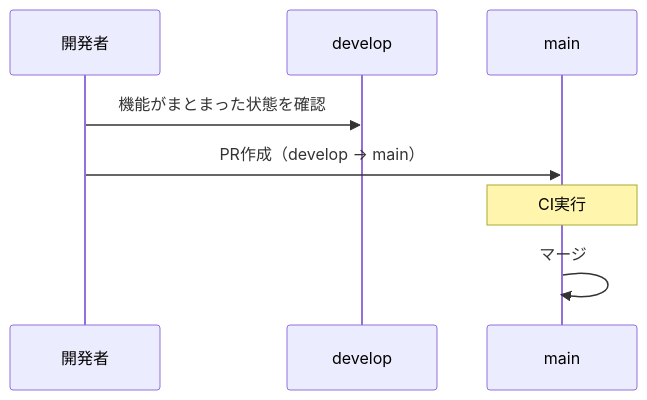
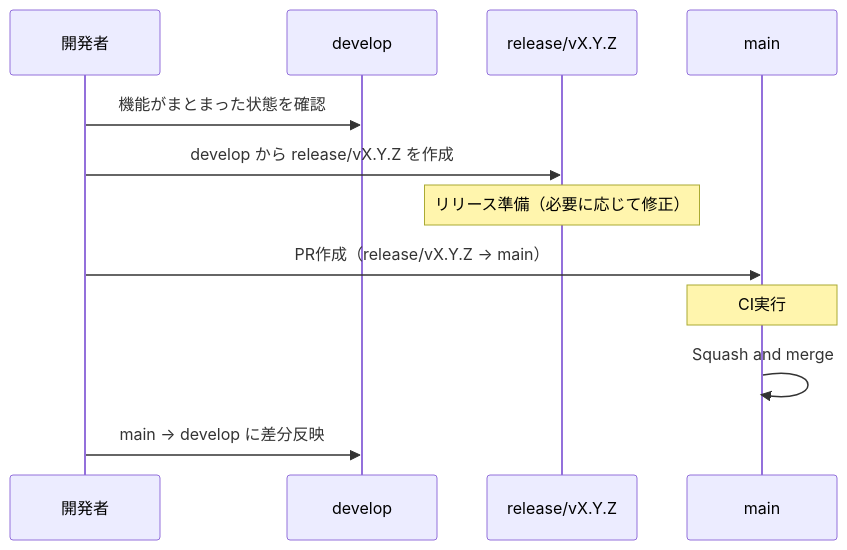
Before and after one commit to becky3/learning-companion: the third of 4 diagrams in docs/specs/git-flow.md, drawn with Mermaid. The commit also changed other lines of this file and 2 other files, not shown here.

First line of the commit message:
docs: git-flowにreleaseブランチを導入 (#343)

````diff
--- a/docs/specs/git-flow.md
+++ b/docs/specs/git-flow.md
@@ -92,11 +94,15 @@
 ```mermaid
 sequenceDiagram
     participant Dev as 開発者
     participant Develop as develop
+    participant Release as release/vX.Y.Z
     participant Main as main
 
     Dev->>Develop: 機能がまとまった状態を確認
-    Dev->>Main: PR作成（develop → main）
+    Dev->>Release: develop から release/vX.Y.Z を作成
+    Note over Release: リリース準備（必要に応じて修正）
+    Dev->>Main: PR作成（release/vX.Y.Z → main）
     Note over Main: CI実行
-    Main->>Main: マージ
+    Main->>Main: Squash and merge
+    Dev->>Develop: main → develop に差分反映
 ```
````
